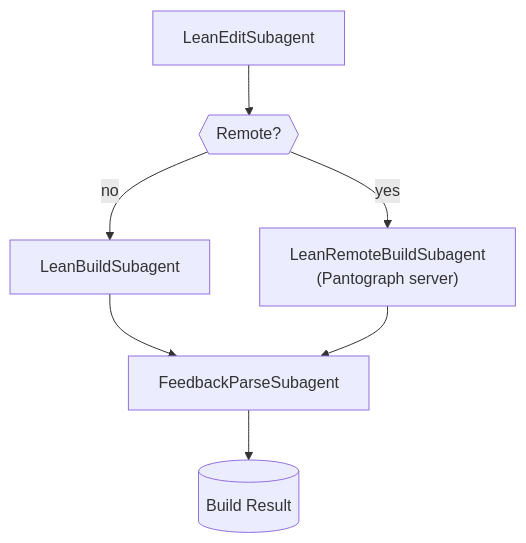
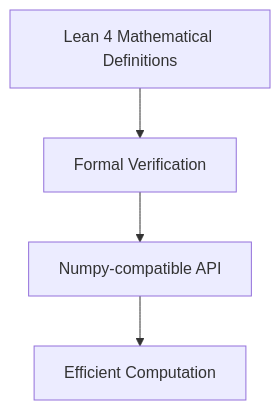
One commit to Beneficial-AI-Foundation/NumpySpec changed the diagram in CLAUDE.md. Above: the diagram before and after it, drawn with Mermaid. The commit also changed other lines of this file, not shown here.

First line of the commit message:
docs: refocus CLAUDE.md on numpy porting goal, identify unrelated files

````diff
--- a/CLAUDE.md
+++ b/CLAUDE.md
@@ -78,8 +80,6 @@
 ```mermaid
 flowchart TD
-    edit["LeanEditSubagent"] --> choice{{"Remote?"}}
-    choice -- no --> buildLocal["LeanBuildSubagent"]
-    choice -- yes --> buildRemote["LeanRemoteBuildSubagent\n(Pantograph server)"]
-    buildLocal & buildRemote --> parse["FeedbackParseSubagent"]
-    parse --> result[("Build Result")]
+    lean["Lean 4 Mathematical Definitions"] --> verify["Formal Verification"]
+    verify --> numpy["Numpy-compatible API"]
+    numpy --> compute["Efficient Computation"]
 ```
````
